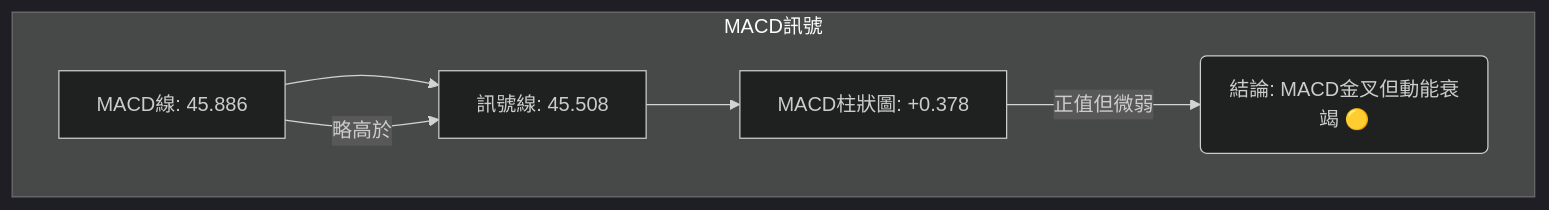
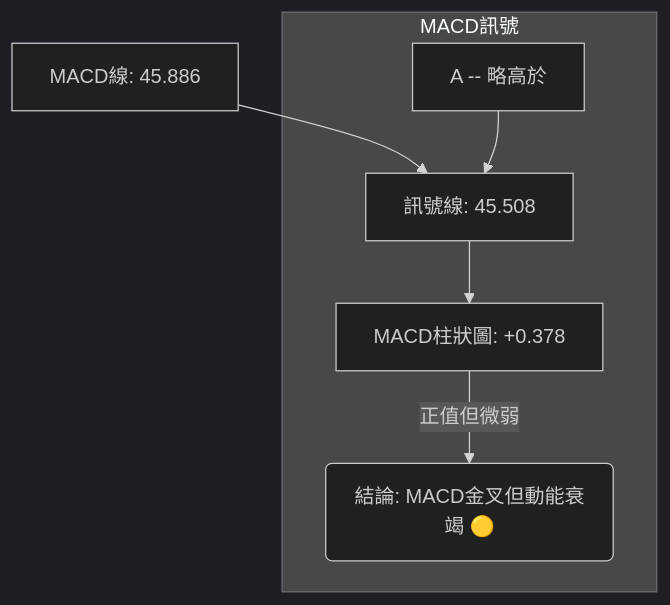
The eighth of 11 diagrams in ai_gen_report/stock/2330.tw/technical_analysis_2026-07-05_gemini.md (yennanliu/finance_data), drawn with Mermaid (dark theme) before and after one commit. The commit also changed other lines of this file and 2258 other files, not shown here.

First line of the commit message:
chore: backfill Mermaid syntax repair across existing reports

````diff
--- a/ai_gen_report/stock/2330.tw/technical_analysis_2026-07-05_gemini.md
+++ b/ai_gen_report/stock/2330.tw/technical_analysis_2026-07-05_gemini.md
@@ -524,10 +524,10 @@
 ```mermaid
 graph TD
-    A[MACD線: 45.886] --> B[訊號線: 45.508]
-    B --> C[MACD柱狀圖: +0.378]
+    A["MACD線: 45.886"] --> B["訊號線: 45.508"]
+    B --> C["MACD柱狀圖: +0.378"]
 
     subgraph MACD訊號
-        A -- "略高於" --> B
-        C -- "正值但微弱" --> D(結論: MACD金叉但動能衰竭 🟡)
+        nb1["A -- "略高於""] --> B
+        C -- "正值但微弱" --> D("結論: MACD金叉但動能衰竭 🟡")
     end
 ```
````
